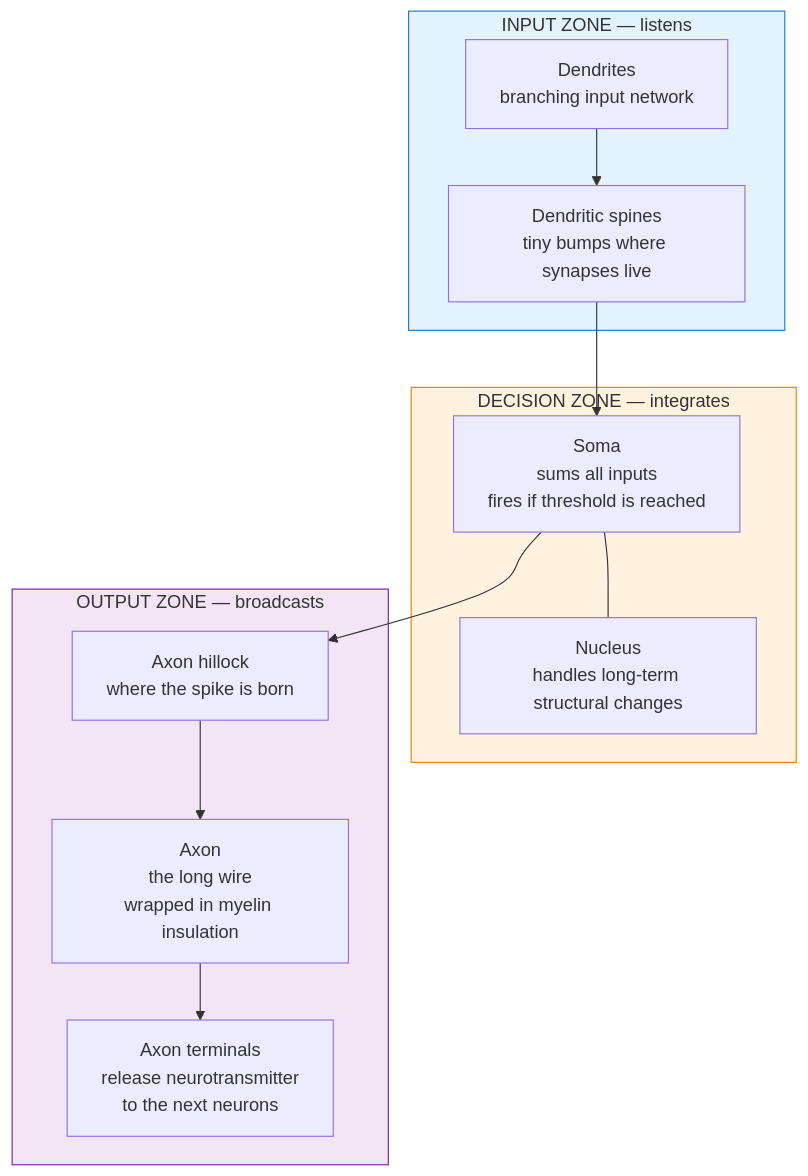
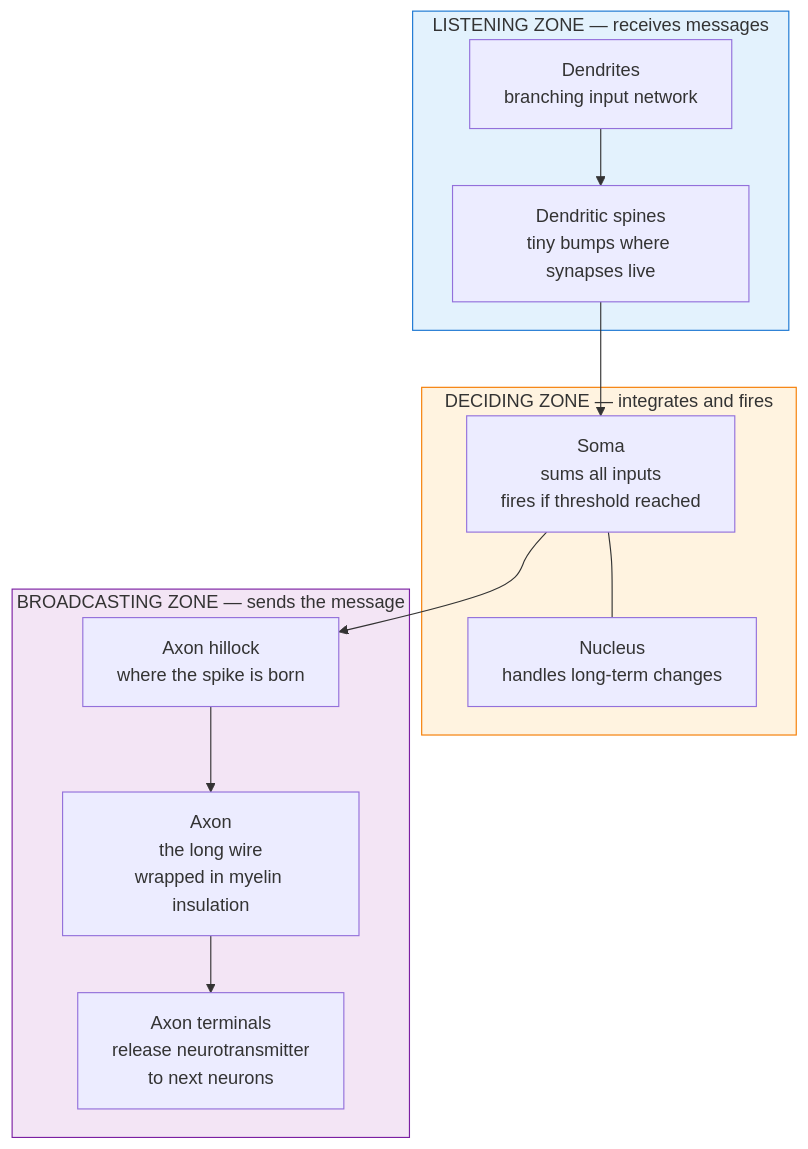
One commit to HariOm-Labs/brain-before-ai changed the first of 2 diagrams in 01-biological-neuron.md. Above: the diagram before and after it, drawn with Mermaid. The commit also changed other lines of this file and 17 other files, not shown here.

````diff
--- a/01-biological-neuron.md
+++ b/01-biological-neuron.md
@@ -37,26 +53,26 @@
 ```mermaid
 flowchart TD
-    subgraph INPUT["INPUT ZONE — listens"]
+    subgraph INPUT["LISTENING ZONE — receives messages"]
         D1[Dendrites<br/>branching input network]
         D2[Dendritic spines<br/>tiny bumps where synapses live]
     end
 
-    subgraph DECIDE["DECISION ZONE — integrates"]
-        S[Soma<br/>sums all inputs<br/>fires if threshold is reached]
-        N[Nucleus<br/>handles long-term structural changes]
+    subgraph DECIDE["DECIDING ZONE — integrates and fires"]
+        S[Soma<br/>sums all inputs<br/>fires if threshold reached]
+        N[Nucleus<br/>handles long-term changes]
     end
 
-    subgraph OUTPUT["OUTPUT ZONE — broadcasts"]
+    subgraph OUTPUT["BROADCASTING ZONE — sends the message"]
         H[Axon hillock<br/>where the spike is born]
         A[Axon<br/>the long wire<br/>wrapped in myelin insulation]
-        T[Axon terminals<br/>release neurotransmitter<br/>to the next neurons]
+        T[Axon terminals<br/>release neurotransmitter<br/>to next neurons]
     end
 
     D1 --> D2 --> S
     S --- N
     S --> H --> A --> T
 
     style INPUT fill:#e3f2fd,stroke:#1976d2
     style DECIDE fill:#fff3e0,stroke:#f57c00
     style OUTPUT fill:#f3e5f5,stroke:#7b1fa2
 ```
````
